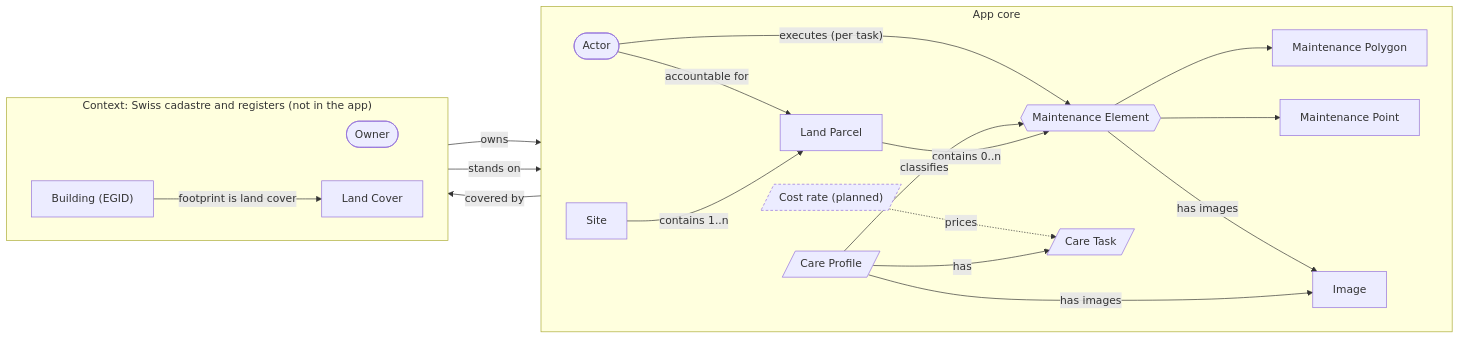
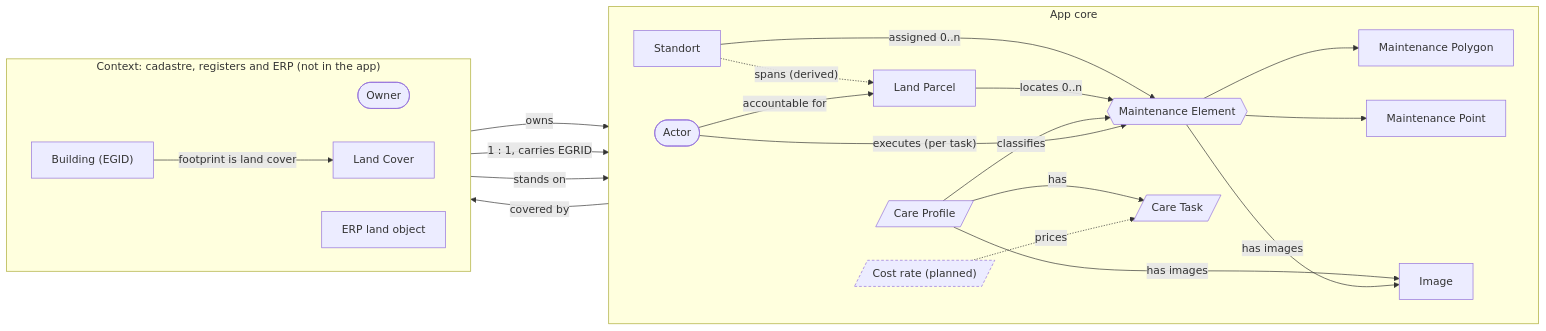
One commit to bbl-dres/green-inventory changed the first of 2 diagrams in prototype-main/docs/DATAMODEL.md. Above: the diagram before and after it, drawn with Mermaid. The commit also changed other lines of this file and 18 other files, not shown here.

````diff
--- a/prototype-main/docs/DATAMODEL.md
+++ b/prototype-main/docs/DATAMODEL.md
@@ -54,39 +66,42 @@
 ```mermaid
 flowchart LR
     subgraph CORE["App core"]
         direction LR
-        Site["Site"]
+        Site["Standort"]
         Parcel["Land Parcel"]
         ME{{"Maintenance Element"}}
         Area["Maintenance Polygon"]
         Point["Maintenance Point"]
         Profile[/"Care Profile"/]
         Task[/"Care Task"/]
         Cost[/"Cost rate (planned)"/]
         Actor(["Actor"])
         Img["Image"]
-        Site -->|"contains 1..n"| Parcel
-        Parcel -->|"contains 0..n"| ME
+        Site -->|"assigned 0..n"| ME
+        Parcel -->|"locates 0..n"| ME
+        Site -.->|"spans (derived)"| Parcel
         ME --> Area
         ME --> Point
         Profile -->|classifies| ME
         Profile -->|has| Task
         Cost -.->|prices| Task
         Actor -->|"executes (per task)"| ME
         Actor -->|"accountable for"| Parcel
         Profile -->|"has images"| Img
         ME -->|"has images"| Img
     end
-    subgraph CTX["Context: Swiss cadastre and registers (not in the app)"]
+    subgraph CTX["Context: cadastre, registers and ERP (not in the app)"]
         direction LR
         Owner(["Owner"])
         Cover["Land Cover"]
         Bldg["Building (EGID)"]
+        ERP["ERP land object"]
     end
     Owner -->|owns| Parcel
+    ERP -->|"1 : 1, carries EGRID"| Parcel
     Parcel -->|"covered by"| Cover
     Bldg -->|"footprint is land cover"| Cover
     Bldg -->|"stands on"| Parcel
     classDef planned stroke-dasharray:4 3;
     class Cost planned;
 ```
````
